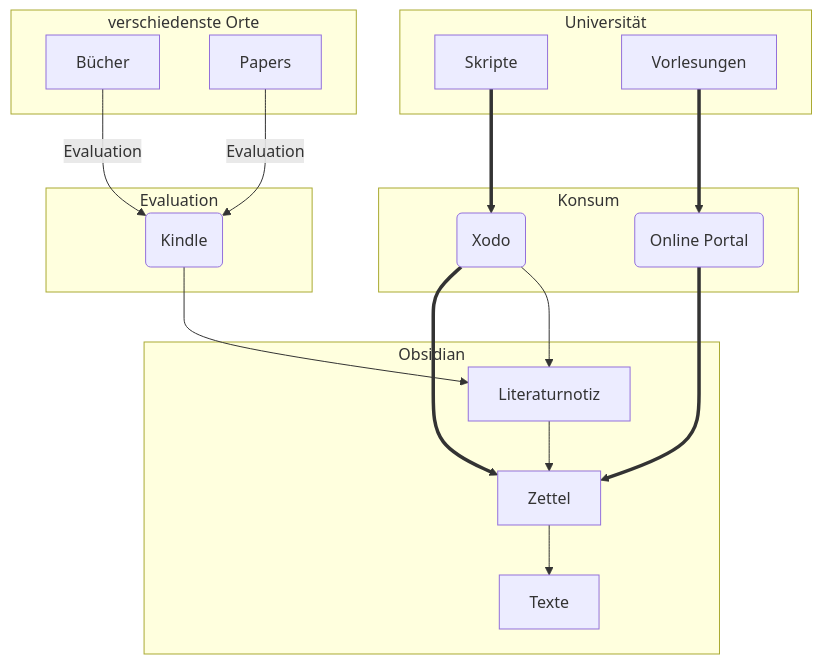
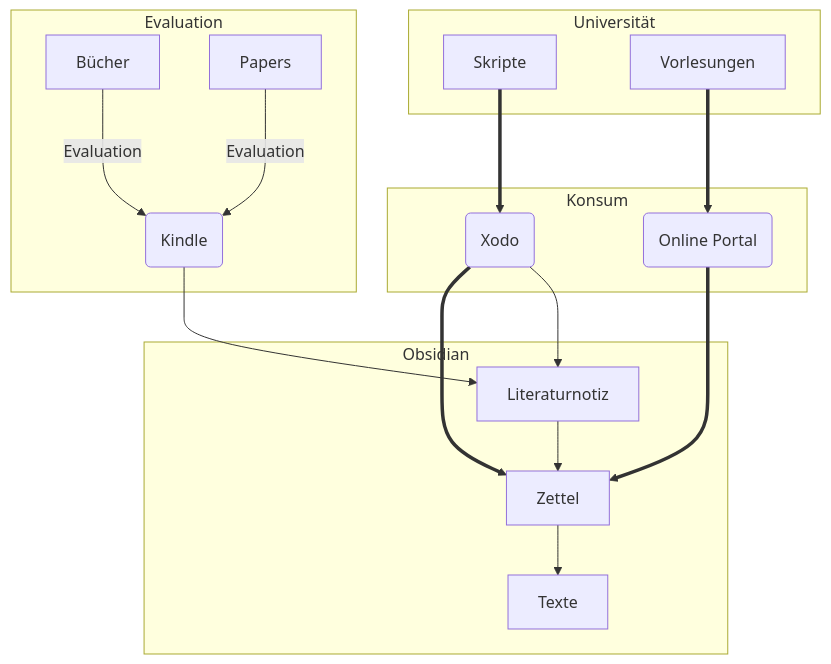
Before and after one commit to julianstoerig/zettelkasten: the diagram in System/Informationsverarbeitung.md, drawn with Mermaid.

Commit message:
automatic version-control: 2021-01-14 13:53:38

````diff
--- a/System/Informationsverarbeitung.md
+++ b/System/Informationsverarbeitung.md
@@ -1,50 +1,47 @@
 ```mermaid
 flowchart TB;
 
 B[Bücher]
 S[Skripte]
 V[Vorlesungen]
 P[Papers]
 
 K(Kindle)
 X(Xodo)
 OP(Online Portal)
 
 L[Literaturnotiz]
 Z[Zettel]
 T[Texte]
 
 subgraph Evaluation
-	K
-end
-
-subgraph verschiedenste Orte
 	B
 	P
+	K
 end
 
 subgraph Universität
 	S
 	V
 end
 
 B & P -->|Evaluation| K
 S ==> X
 V ==> OP
 
 subgraph Konsum
 	K
 	X
 	OP
 end
 
 K --> L
 X --> L
 X ==> Z
 OP ==> Z
 
 subgraph Obsidian	
 	L --> Z
 	Z --> T
 end
 ```
````
